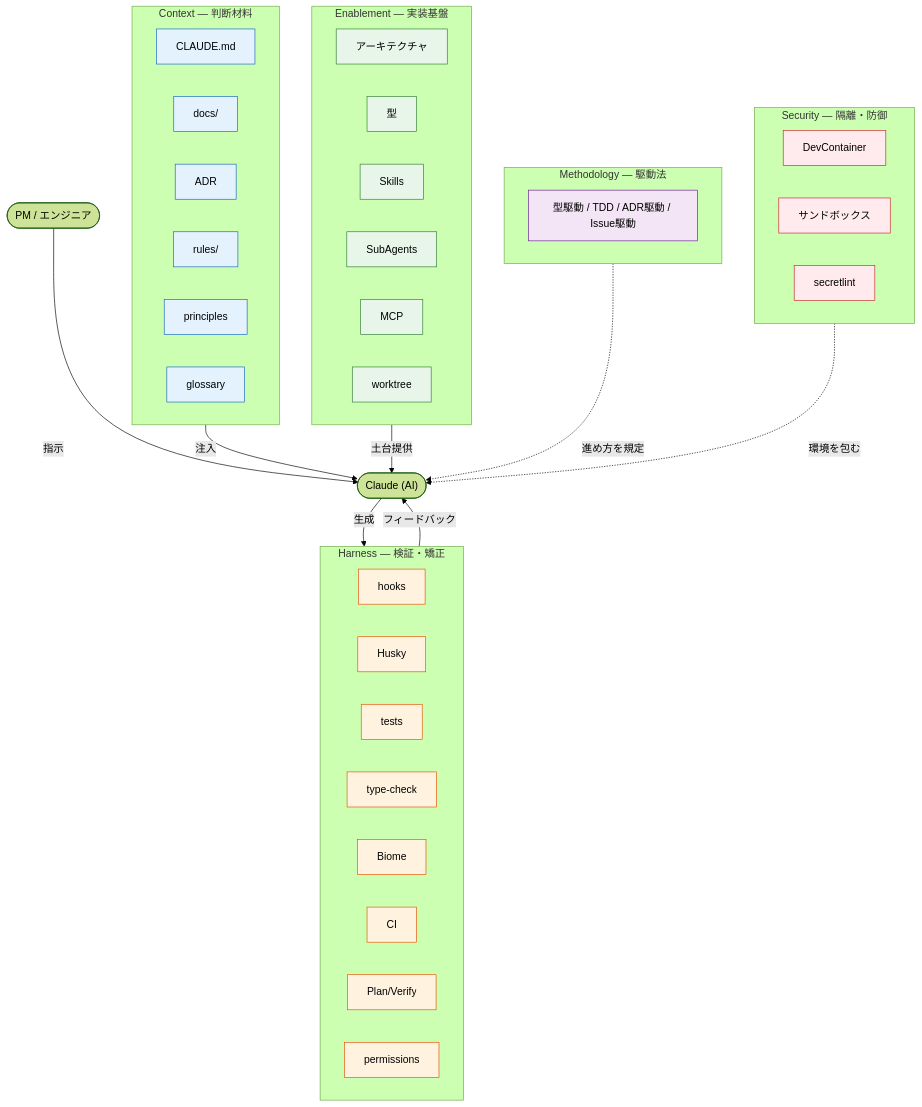
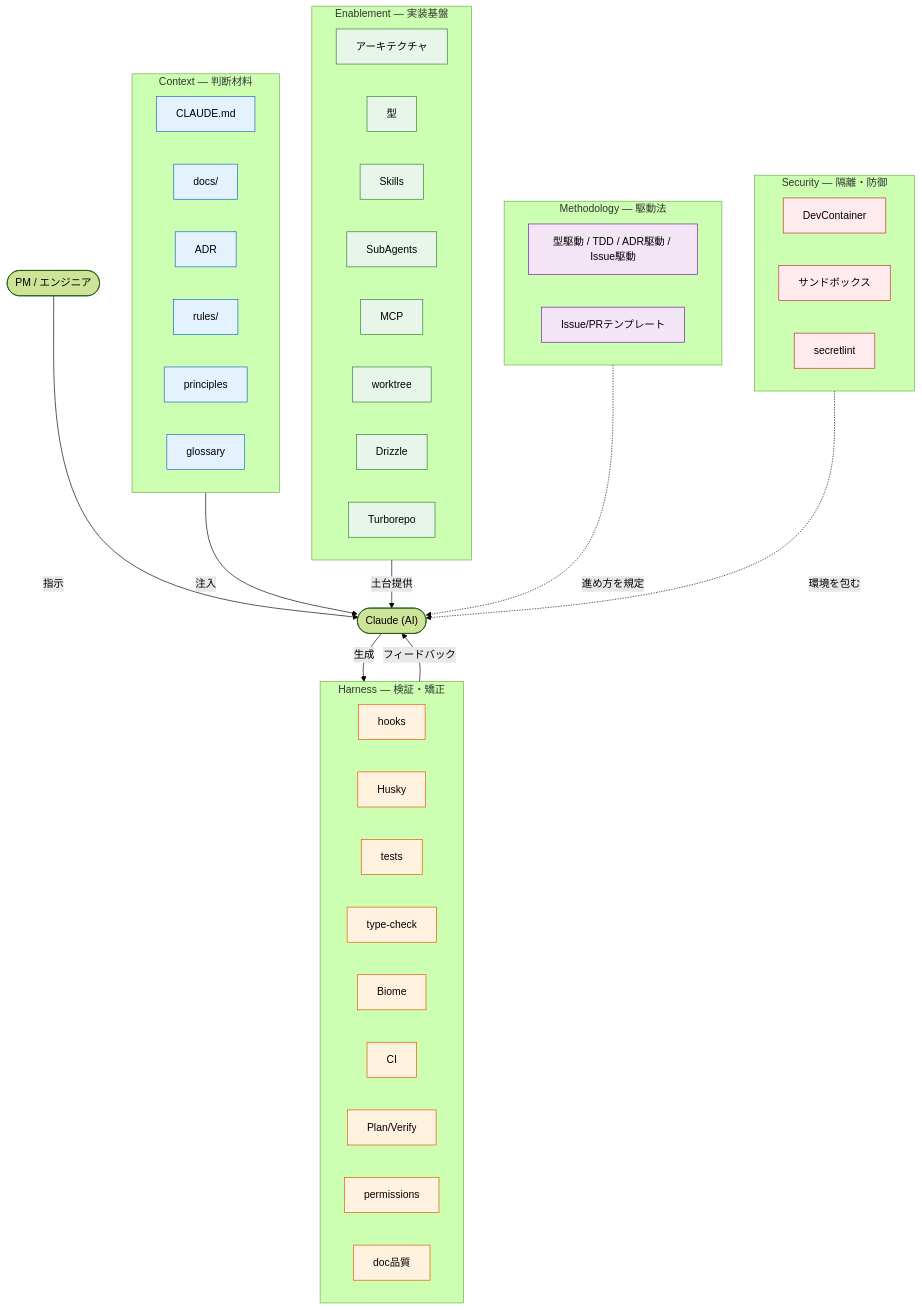
Before and after one commit to kuairen-227/agent-team-studio: the diagram in docs/guides/ai-driven-development.md, drawn with Mermaid (forest theme). The commit also changed other lines of this file, not shown here.

````diff
--- a/docs/guides/ai-driven-development.md
+++ b/docs/guides/ai-driven-development.md
@@ -23,41 +23,41 @@
 ```mermaid
 flowchart TB
     User(["PM / エンジニア"]) -->|"指示"| AI(["Claude (AI)"])
 
     subgraph context["Context — 判断材料"]
         CL["CLAUDE.md"]; DOC["docs/"]; ADR["ADR"]
         RUL["rules/"]; PRI["principles"]; GLO["glossary"]
     end
     subgraph enable["Enablement — 実装基盤"]
-        ARC["アーキテクチャ"]; TYP["型"]; SKL["Skills"]
-        AGT["SubAgents"]; MCP["MCP"]; WT["worktree"]
+        ARC["アーキテクチャ"]; TYP["型"]; SKL["Skills"]; AGT["SubAgents"]
+        MCP["MCP"]; WT["worktree"]; DRZ["Drizzle"]; TRB["Turborepo"]
     end
     subgraph harness["Harness — 検証・矯正"]
-        HK["hooks"]; HUS["Husky"]; TST["tests"]; TC["type-check"]
-        LNT["Biome"]; CI["CI"]; PV["Plan/Verify"]; PRM["permissions"]
+        HK["hooks"]; HUS["Husky"]; TST["tests"]; TC["type-check"]; LNT["Biome"]
+        CI["CI"]; PV["Plan/Verify"]; PRM["permissions"]; MDL["doc品質"]
     end
     subgraph sec["Security — 隔離・防御"]
         DC["DevContainer"]; SB["サンドボックス"]; SL["secretlint"]
     end
     subgraph method["Methodology — 駆動法"]
-        XDD["型駆動 / TDD / ADR駆動 / Issue駆動"]
+        XDD["型駆動 / TDD / ADR駆動 / Issue駆動"]; TPL["Issue/PRテンプレート"]
     end
 
     context -->|"注入"| AI
     enable -->|"土台提供"| AI
     AI -->|"生成"| harness
     harness -->|"フィードバック"| AI
     method -.->|"進め方を規定"| AI
     sec -.->|"環境を包む"| AI
 
     classDef c fill:#e3f2fd,stroke:#1565c0
     classDef h fill:#fff3e0,stroke:#e65100
     classDef s fill:#ffebee,stroke:#c62828
     classDef e fill:#e8f5e9,stroke:#2e7d32
     classDef m fill:#f3e5f5,stroke:#6a1b9a
     class CL,DOC,ADR,RUL,PRI,GLO c
-    class HK,HUS,TST,TC,LNT,CI,PV,PRM h
+    class HK,HUS,TST,TC,LNT,CI,PV,PRM,MDL h
     class DC,SB,SL s
-    class ARC,TYP,SKL,AGT,MCP,WT e
-    class XDD m
+    class ARC,TYP,SKL,AGT,MCP,WT,DRZ,TRB e
+    class XDD,TPL m
 ```
````
